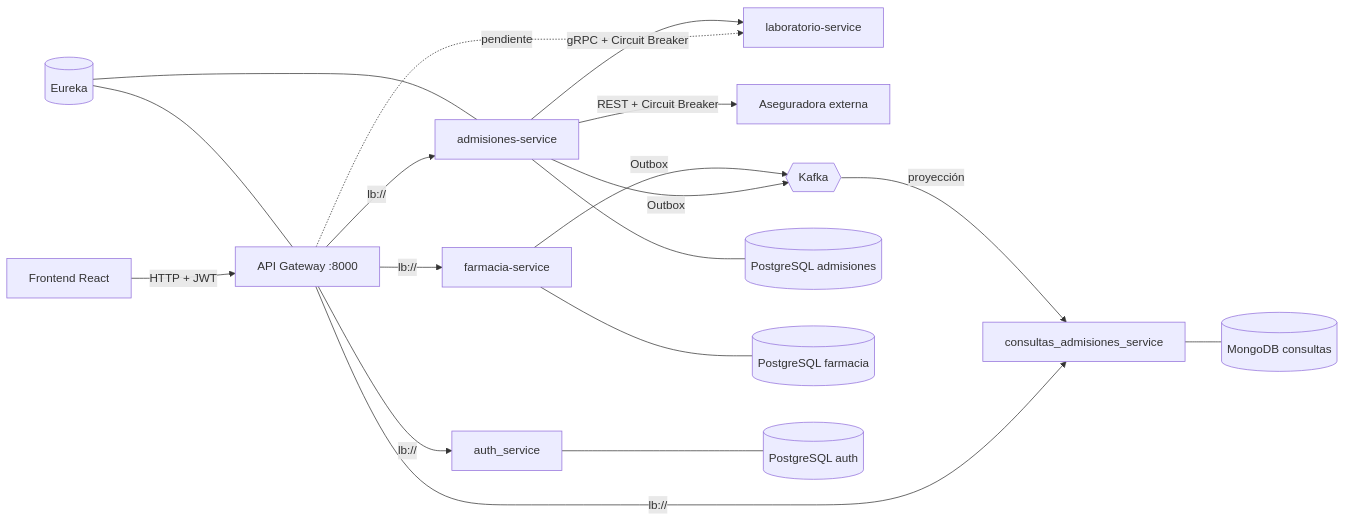
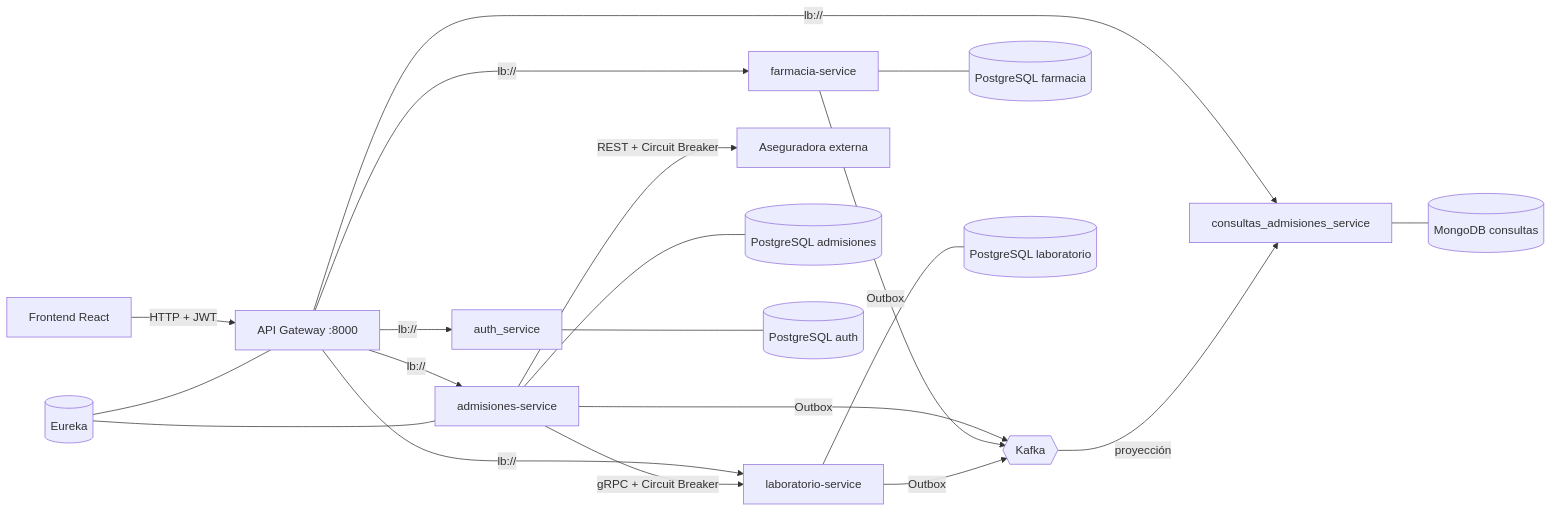
One commit to juanlealr/red-hospitalaria-microservicios changed the diagram in docs/cierre/ARQUITECTURA.md. Above: the diagram before and after it, drawn with Mermaid. The commit also changed other lines of this file and 4 other files, not shown here.

````diff
--- a/docs/cierre/ARQUITECTURA.md
+++ b/docs/cierre/ARQUITECTURA.md
@@ -22,20 +22,22 @@
 ```mermaid
 flowchart LR
     UI[Frontend React] -->|HTTP + JWT| GW[API Gateway :8000]
     GW -->|lb://| AUTH[auth_service]
     GW -->|lb://| ADM[admisiones-service]
     GW -->|lb://| FAR[farmacia-service]
     GW -->|lb://| CON[consultas_admisiones_service]
-    GW -. pendiente .-> LAB[laboratorio-service]
+    GW -->|lb://| LAB[laboratorio-service]
     EUR[(Eureka)] --- GW
     EUR --- ADM
     ADM -->|gRPC + Circuit Breaker| LAB
     ADM -->|REST + Circuit Breaker| ASEG[Aseguradora externa]
     ADM -->|Outbox| K{{Kafka}}
     FAR -->|Outbox| K
+    LAB -->|Outbox| K
     K -->|proyección| CON
     ADM --- DB1[(PostgreSQL admisiones)]
     FAR --- DB2[(PostgreSQL farmacia)]
     AUTH --- DB3[(PostgreSQL auth)]
     CON --- DB4[(MongoDB consultas)]
+    LAB --- DB5[(PostgreSQL laboratorio)]
 ```
````
